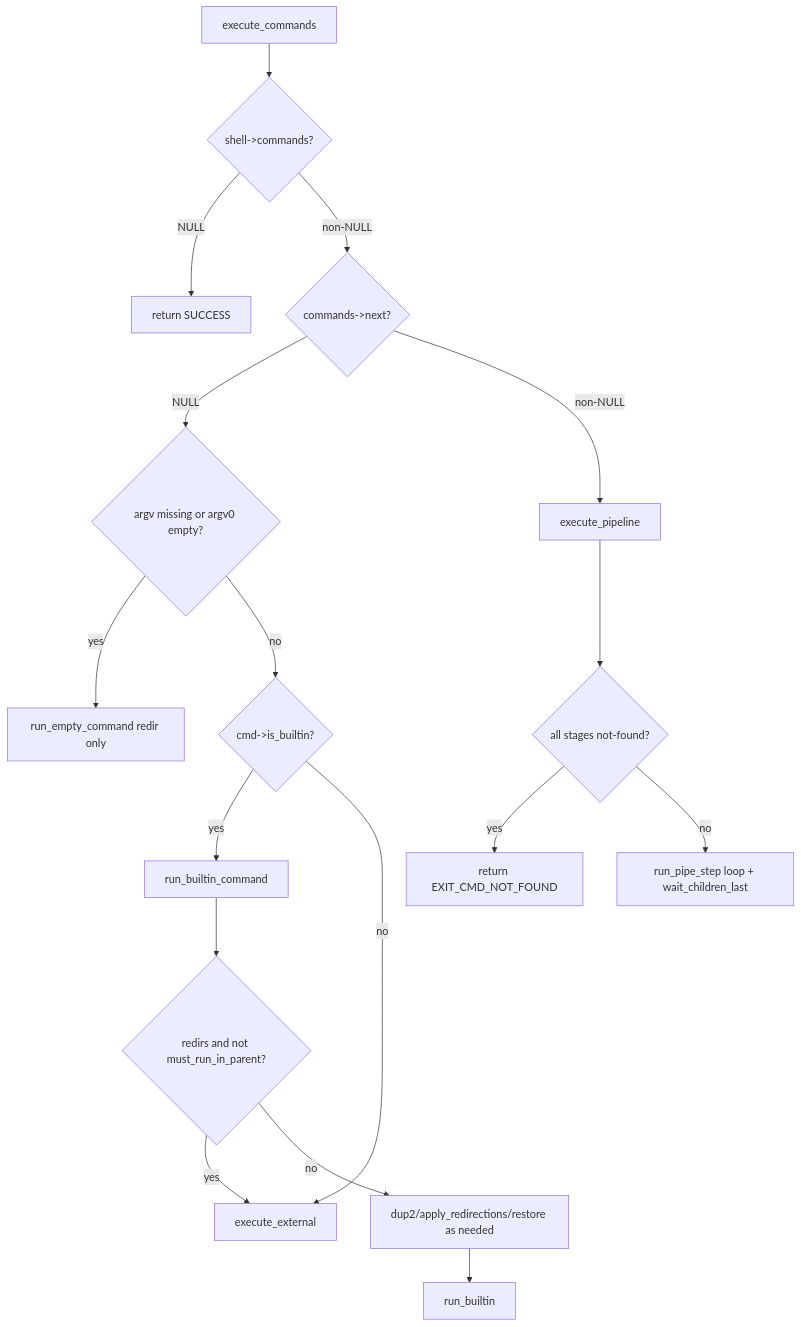
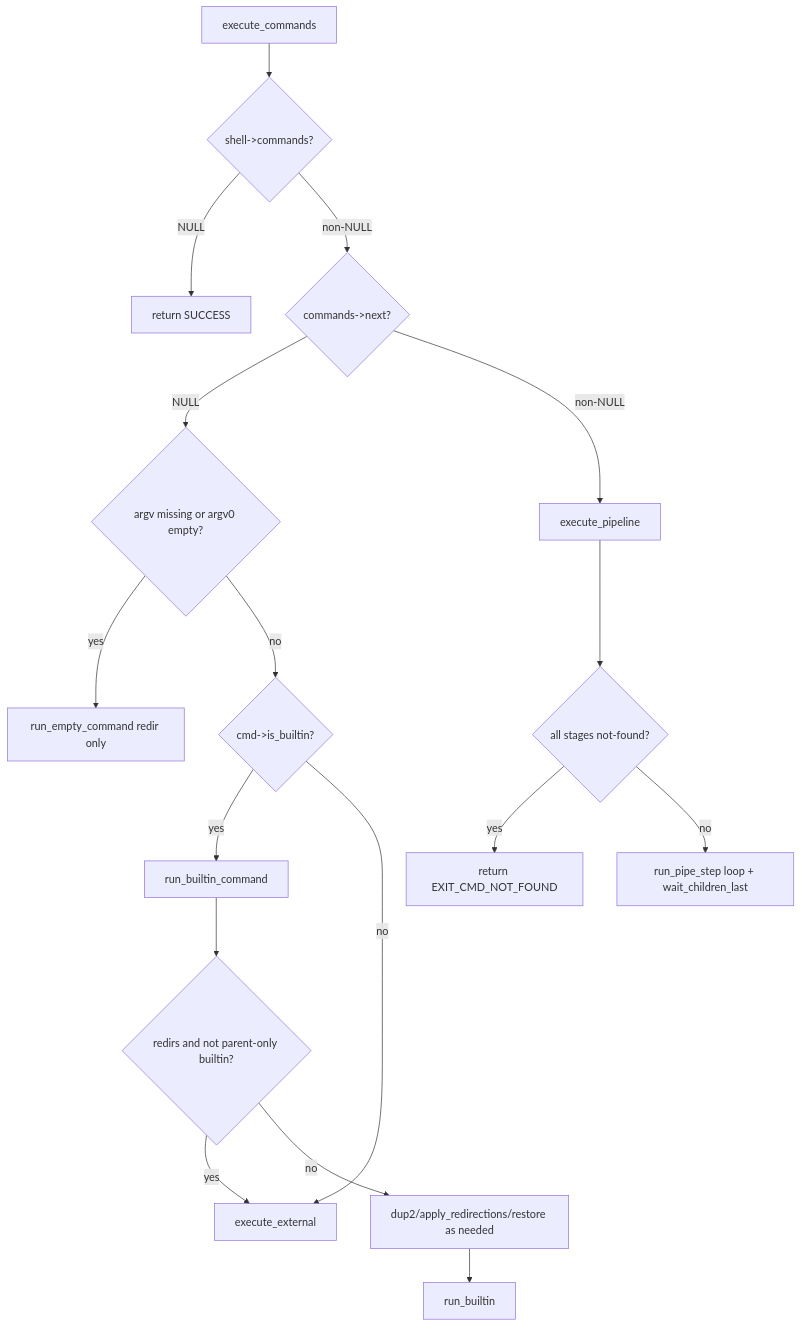
Diagram 11 of 14 in docs/MINISHELL_ARCHITECTURE.md (gkhavari/minishell), drawn with Mermaid before and after one commit. The commit also changed other lines of this file and 27 other files, not shown here.

````diff
--- a/docs/MINISHELL_ARCHITECTURE.md
+++ b/docs/MINISHELL_ARCHITECTURE.md
@@ -765,20 +765,20 @@
 ```mermaid
 flowchart TD
     EC[execute_commands]
     EC --> NO_CMD{shell->commands?}
     NO_CMD -->|NULL| R0[return SUCCESS]
     NO_CMD -->|non-NULL| ONE{commands->next?}
     ONE -->|NULL| EMP{argv missing or argv0 empty?}
     EMP -->|yes| EMPTY[run_empty_command redir only]
     EMP -->|no| BUILTIN{cmd->is_builtin?}
     BUILTIN -->|yes| RB[run_builtin_command]
     BUILTIN -->|no| EXT[execute_external]
-    RB --> RBX{redirs and not must_run_in_parent?}
+    RB --> RBX{redirs and not parent-only builtin?}
     RBX -->|yes| EXT
     RBX -->|no| RBP[dup2/apply_redirections/restore as needed]
     RBP --> RUNB[run_builtin]
     ONE -->|non-NULL| PIPE[execute_pipeline]
     PIPE --> NF{all stages not-found?}
     NF -->|yes| R127[return EXIT_CMD_NOT_FOUND]
     NF -->|no| FORK[run_pipe_step loop + wait_children_last]
 ```
````
